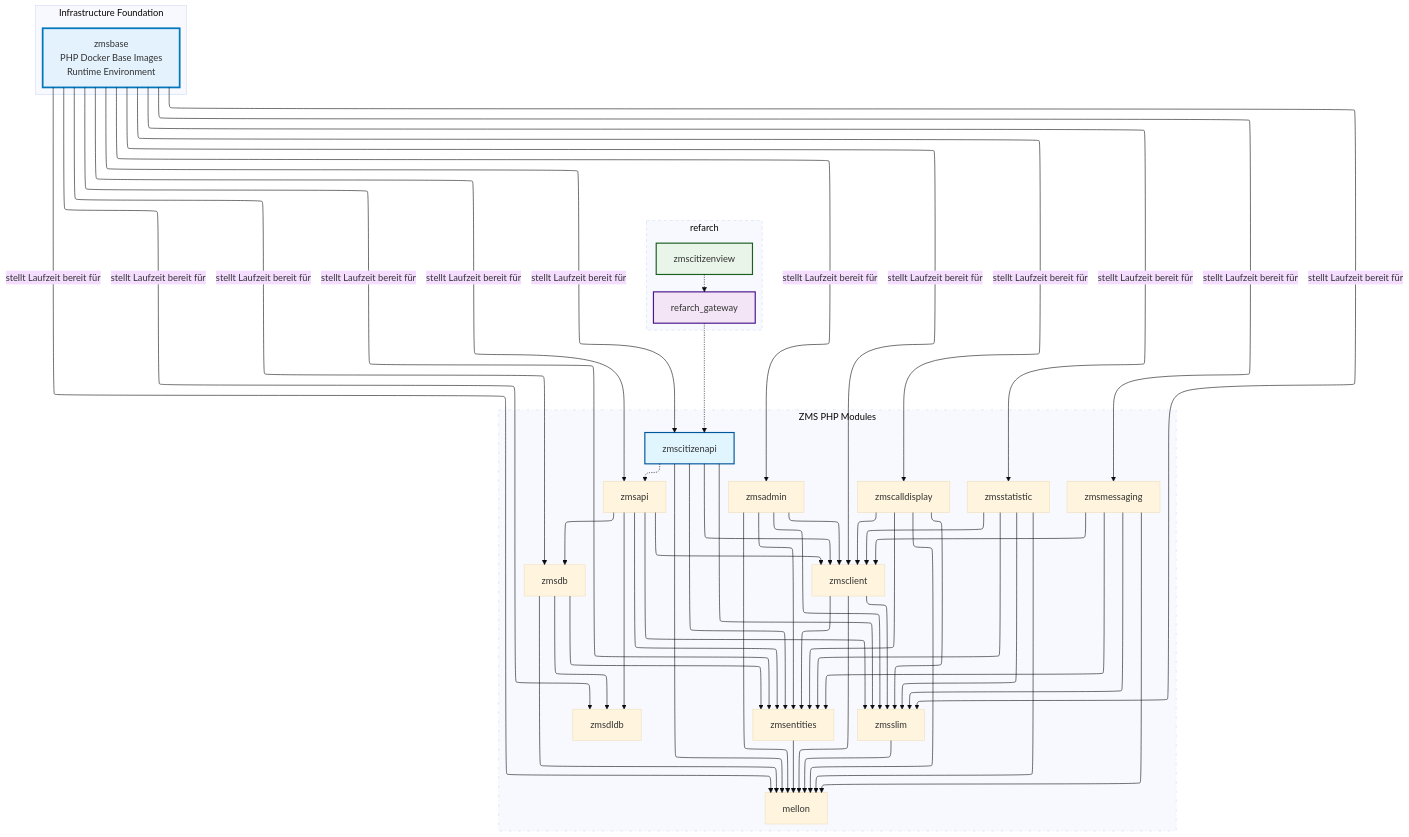
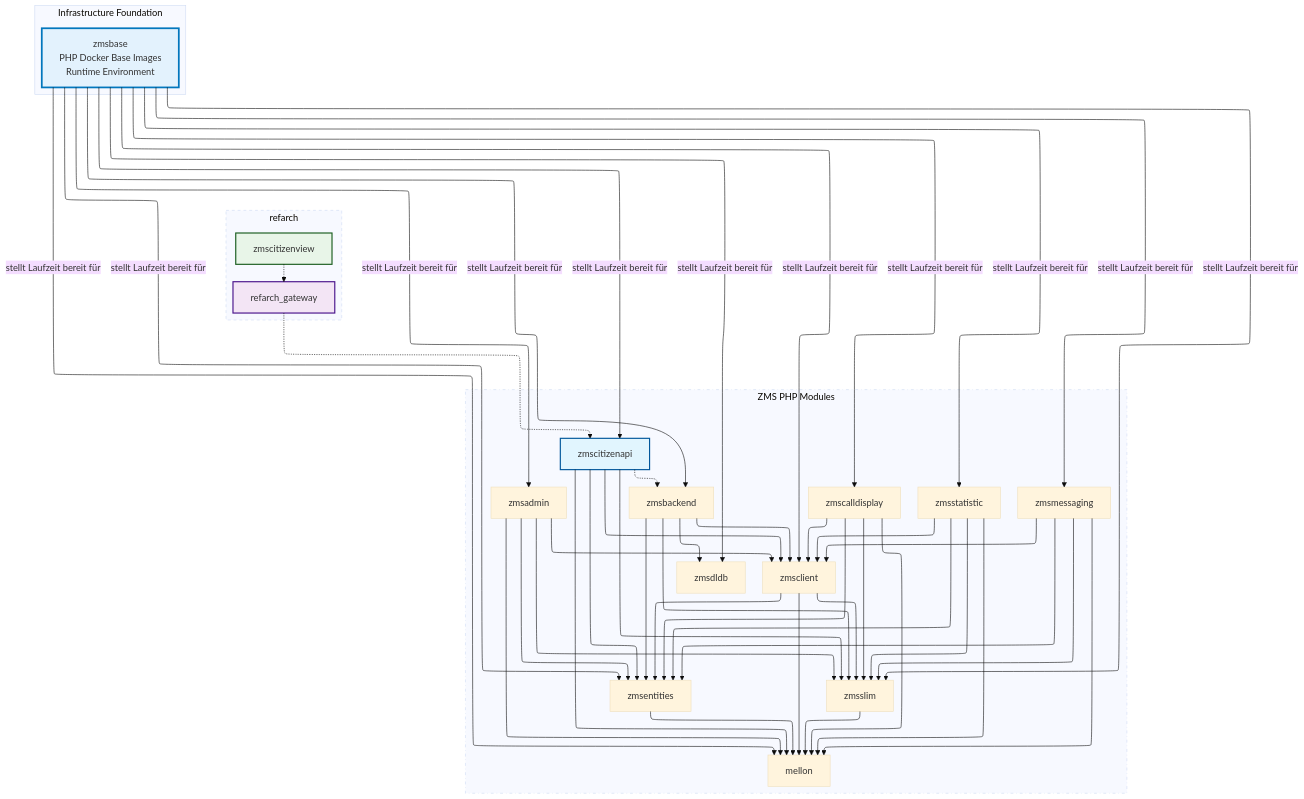
The diagram in docs/de/setup-and-development/php-base-images.md (it-at-m/eappointment), drawn with Mermaid (base theme) before and after one commit. The commit also changed 32 other files, not shown here.

```diff
--- a/docs/de/setup-and-development/php-base-images.md
+++ b/docs/de/setup-and-development/php-base-images.md
@@ -53,11 +53,10 @@
         PHPBASE["zmsbase<br>PHP Docker Base Images<br>Runtime Environment"]
     end
 
-    zmsapi --> zmsslim
-    zmsapi --> zmsclient
-    zmsapi --> zmsdldb
-    zmsapi --> zmsdb
-    zmsapi --> zmsentities
+    zmsbackend --> zmsslim
+    zmsbackend --> zmsclient
+    zmsbackend --> zmsdldb
+    zmsbackend --> zmsentities
 
     zmsadmin --> mellon
     zmsadmin --> zmsclient
@@ -79,9 +78,6 @@
     zmsmessaging --> zmsentities
     zmsmessaging --> zmsslim
 
-    zmsdb --> zmsentities
-    zmsdb --> zmsdldb
-    zmsdb --> mellon
 
     zmsclient --> zmsentities
     zmsclient --> zmsslim
@@ -95,16 +91,15 @@
     zmscitizenapi --> zmsclient
     zmscitizenapi --> zmsentities
 
-    zmscitizenapi -.-> zmsapi
+    zmscitizenapi -.-> zmsbackend
     refarch_gateway -.-> zmscitizenapi
     zmscitizenview -.-> refarch_gateway
 
-    PHPBASE -->|stellt Laufzeit bereit für| zmsapi
+    PHPBASE -->|stellt Laufzeit bereit für| zmsbackend
     PHPBASE -->|stellt Laufzeit bereit für| zmsadmin
     PHPBASE -->|stellt Laufzeit bereit für| zmscalldisplay
     PHPBASE -->|stellt Laufzeit bereit für| zmsstatistic
     PHPBASE -->|stellt Laufzeit bereit für| zmsmessaging
-    PHPBASE -->|stellt Laufzeit bereit für| zmsdb
     PHPBASE -->|stellt Laufzeit bereit für| zmsclient
     PHPBASE -->|stellt Laufzeit bereit für| zmsentities
     PHPBASE -->|stellt Laufzeit bereit für| zmsslim
@@ -120,12 +115,11 @@
 
     subgraph zms_modules["ZMS PHP Modules"]
         style zms_modules stroke-dasharray:5 5 1 5
-        zmsapi
+        zmsbackend
         zmsadmin
         zmscalldisplay
         zmsstatistic
         zmsmessaging
-        zmsdb
         zmsclient
         zmsentities
         zmsslim
```
